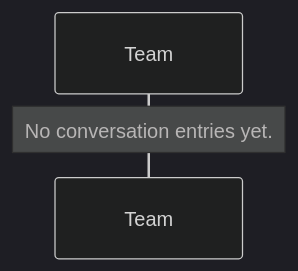
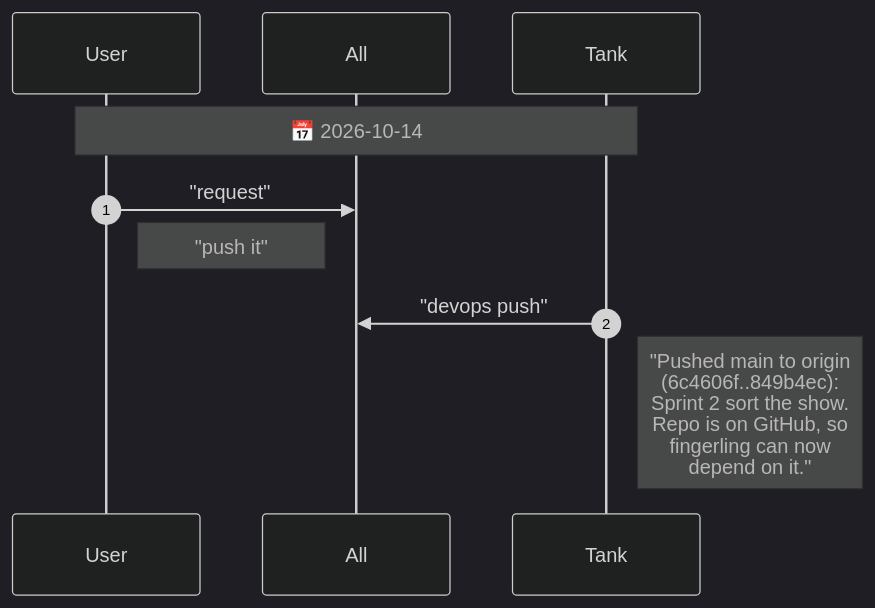
One commit to drusifer/sketch-tastic changed the diagram in agents/CHAT.diagram.md. Above: the diagram before and after it, drawn with Mermaid (dark theme). The commit also changed 3 other files, not shown here.

````diff
--- a/agents/CHAT.diagram.md
+++ b/agents/CHAT.diagram.md
@@ -5,5 +5,13 @@
 ```mermaid
 %%{init: {"sequence": {"messageFontSize": 14, "noteFontSize": 18, "actorFontSize": 14}}}%%
 sequenceDiagram
-    Note over Team: No conversation entries yet.
+    autonumber
+    participant User
+    participant All
+    participant Tank
+    Note over User,Tank: 📅 2026-10-14
+    User->>All: "request"
+    Note right of User: "push it"
+    Tank->>All: "devops push"
+    Note right of Tank: "Pushed main to origin<br/>(6c4606f..849b4ec):<br/>Sprint 2 sort the show.<br/>Repo is on GitHub, so<br/>fingerling can now<br/>depend on it."
 ```
````
